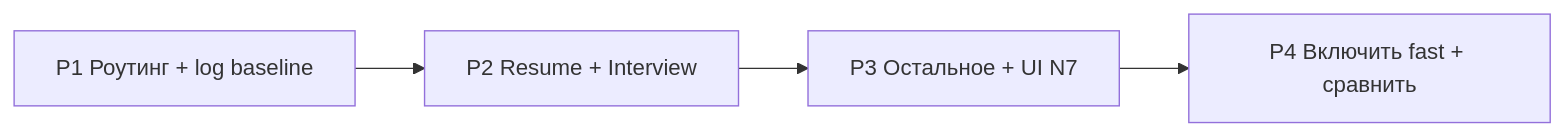
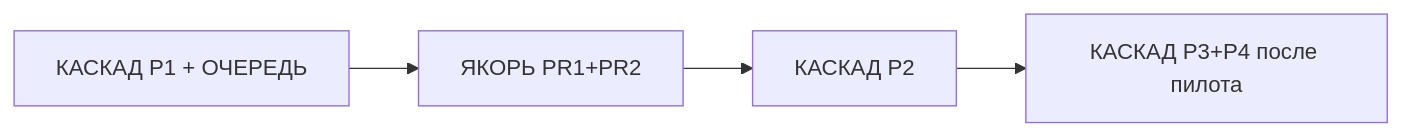
One commit to cerealex-creator/hr_ai_agent changed the diagram in v2/docs/IMPLEMENTATION_PLAN_KASKAD.md. Above: the diagram before and after it, drawn with Mermaid. The commit also changed other lines of this file and 92 other files, not shown here.

````diff
--- a/v2/docs/IMPLEMENTATION_PLAN_KASKAD.md
+++ b/v2/docs/IMPLEMENTATION_PLAN_KASKAD.md
@@ -33,6 +35,6 @@
 ```mermaid
 flowchart LR
-  P1[P1 Роутинг + log baseline] --> P2[P2 Resume + Interview]
-  P2 --> P3[P3 Остальное + UI N7]
-  P3 --> P4[P4 Включить fast + сравнить]
+  P1[КАСКАД P1 + ОЧЕРЕДЬ] --> Y[ЯКОРЬ PR1+PR2]
+  Y --> P2[КАСКАД P2]
+  P2 --> P3[КАСКАД P3+P4 после пилота]
 ```
````
